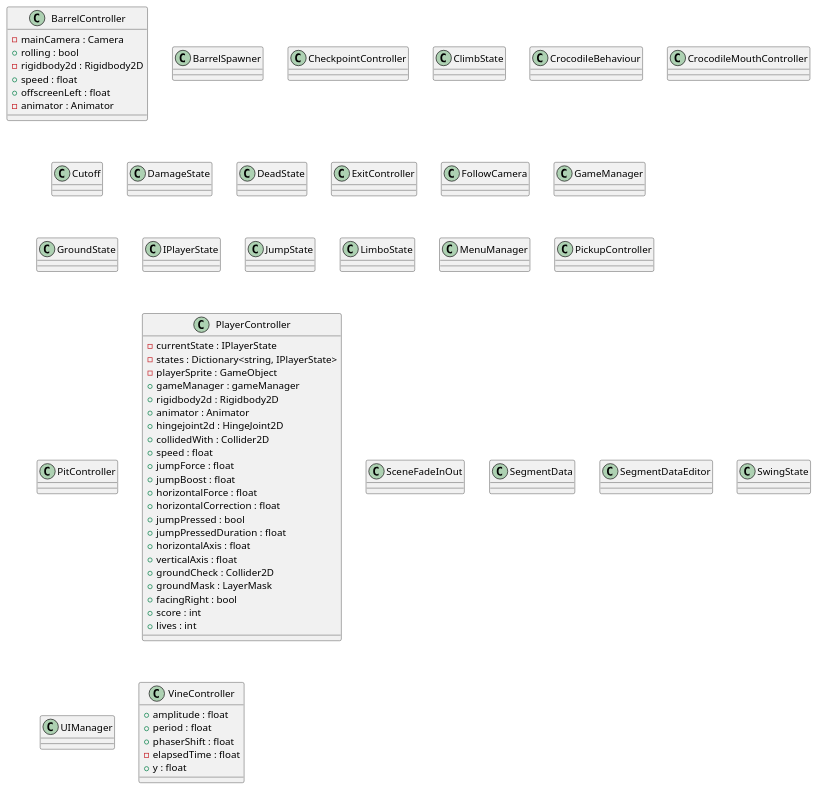
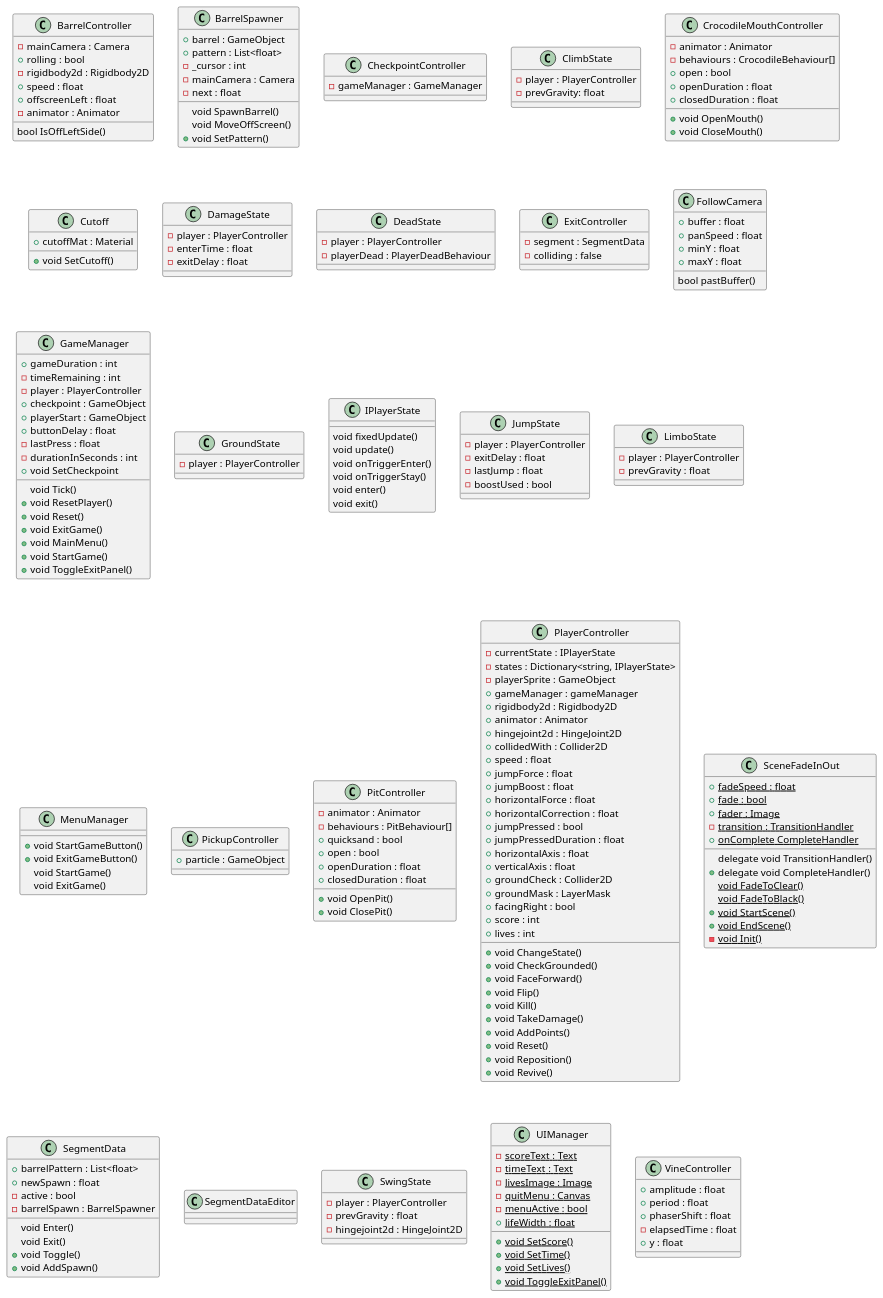
The diagram in doc/classlist.puml (pparke/pitfall-challenge), drawn with PlantUML before and after one commit. The commit also changed 7 other files, not shown here.

```diff
--- a/doc/classlist.puml
+++ b/doc/classlist.puml
@@ -6,60 +6,132 @@
  + speed : float
  + offscreenLeft : float
  - animator : Animator
+ bool IsOffLeftSide()
 }
 
 class BarrelSpawner {
+  + barrel : GameObject
+  + pattern : List<float>
+  - _cursor : int
+  - mainCamera : Camera
+  - next : float
+  void SpawnBarrel()
+  void MoveOffScreen()
+  + void SetPattern()
 }
 
 class CheckpointController {
+  - gameManager : GameManager
 }
 
 class ClimbState {
-}
-
-class CrocodileBehaviour {
+  - player : PlayerController
+  - prevGravity: float
 }
 
 class CrocodileMouthController {
+  - animator : Animator
+  - behaviours : CrocodileBehaviour[]
+  + open : bool
+  + openDuration : float
+  + closedDuration : float
+  + void OpenMouth()
+  + void CloseMouth()
 }
 
 class Cutoff {
+  + cutoffMat : Material
+  + void SetCutoff()
 }
 
 class DamageState {
+  - player : PlayerController
+  - enterTime : float
+  - exitDelay : float
 }
 
 class DeadState {
+  - player : PlayerController
+  - playerDead : PlayerDeadBehaviour
 }
 
 class ExitController {
+  - segment : SegmentData
+  - colliding : false
 }
 
 class FollowCamera {
+  + buffer : float
+  + panSpeed : float
+  + minY : float
+  + maxY : float
+  bool pastBuffer()
 }
 
 class GameManager {
+  + gameDuration : int
+  - timeRemaining : int
+  - player : PlayerController
+  + checkpoint : GameObject
+  + playerStart : GameObject
+  + buttonDelay : float
+  - lastPress : float
+  - durationInSeconds : int
+  void Tick()
+  + void ResetPlayer()
+  + void Reset()
+  + void SetCheckpoint
+  + void ExitGame()
+  + void MainMenu()
+  + void StartGame()
+  + void ToggleExitPanel()
 }
 
 class GroundState {
+  - player : PlayerController
 }
 
 class IPlayerState {
+  void fixedUpdate()
+  void update()
+  void onTriggerEnter()
+  void onTriggerStay()
+  void enter()
+  void exit()
 }
 
 class JumpState {
+  - player : PlayerController
+  - exitDelay : float
+  - lastJump : float
+  - boostUsed : bool
 }
 
 class LimboState {
+  - player : PlayerController
+  - prevGravity : float
 }
 
 class MenuManager {
+  + void StartGameButton()
+  + void ExitGameButton()
+  void StartGame()
+  void ExitGame()
 }
 
 class PickupController {
+  + particle : GameObject
 }
 
 class PitController {
+  - animator : Animator
+  - behaviours : PitBehaviour[]
+  + quicksand : bool
+  + open : bool
+  + openDuration : float
+  + closedDuration : float
+  + void OpenPit()
+  + void ClosePit()
 }
 
 class PlayerController {
@@ -85,21 +157,64 @@
  + facingRight : bool
  + score : int
  + lives : int
+ + void ChangeState()
+ + void CheckGrounded()
+ + void FaceForward()
+ + void Flip()
+ + void Kill()
+ + void TakeDamage()
+ + void AddPoints()
+ + void Reset()
+ + void Reposition()
+ + void Revive()
 }
 
 class SceneFadeInOut {
+  + {static} fadeSpeed : float
+  + {static} fade : bool
+  + {static} fader : Image
+  delegate void TransitionHandler()
+  - {static} transition : TransitionHandler
+  + delegate void CompleteHandler()
+  + {static} onComplete CompleteHandler
+  {static} void FadeToClear()
+  {static} void FadeToBlack()
+  + {static} void StartScene()
+  + {static} void EndScene()
+  - {static} void Init()
 }
 
 class SegmentData {
+  + barrelPattern : List<float>
+  + newSpawn : float
+  - active : bool
+  - barrelSpawn : BarrelSpawner
+  void Enter()
+  void Exit()
+  + void Toggle()
+  + void AddSpawn()
 }
 
 class SegmentDataEditor {
 }
 
 class SwingState {
+  - player : PlayerController
+  - prevGravity : float
+  - hingejoint2d : HingeJoint2D
 }
 
 class UIManager {
+  - {static} scoreText : Text
+  - {static} timeText : Text
+  - {static} livesImage : Image
+  - {static} quitMenu : Canvas
+  - {static} menuActive : bool
+  + {static} lifeWidth : float
+  + {static} void SetScore()
+  + {static} void SetTime()
+  + {static} void SetLives()
+  + {static} void ToggleExitPanel()
 }
 
 class VineController {
```
